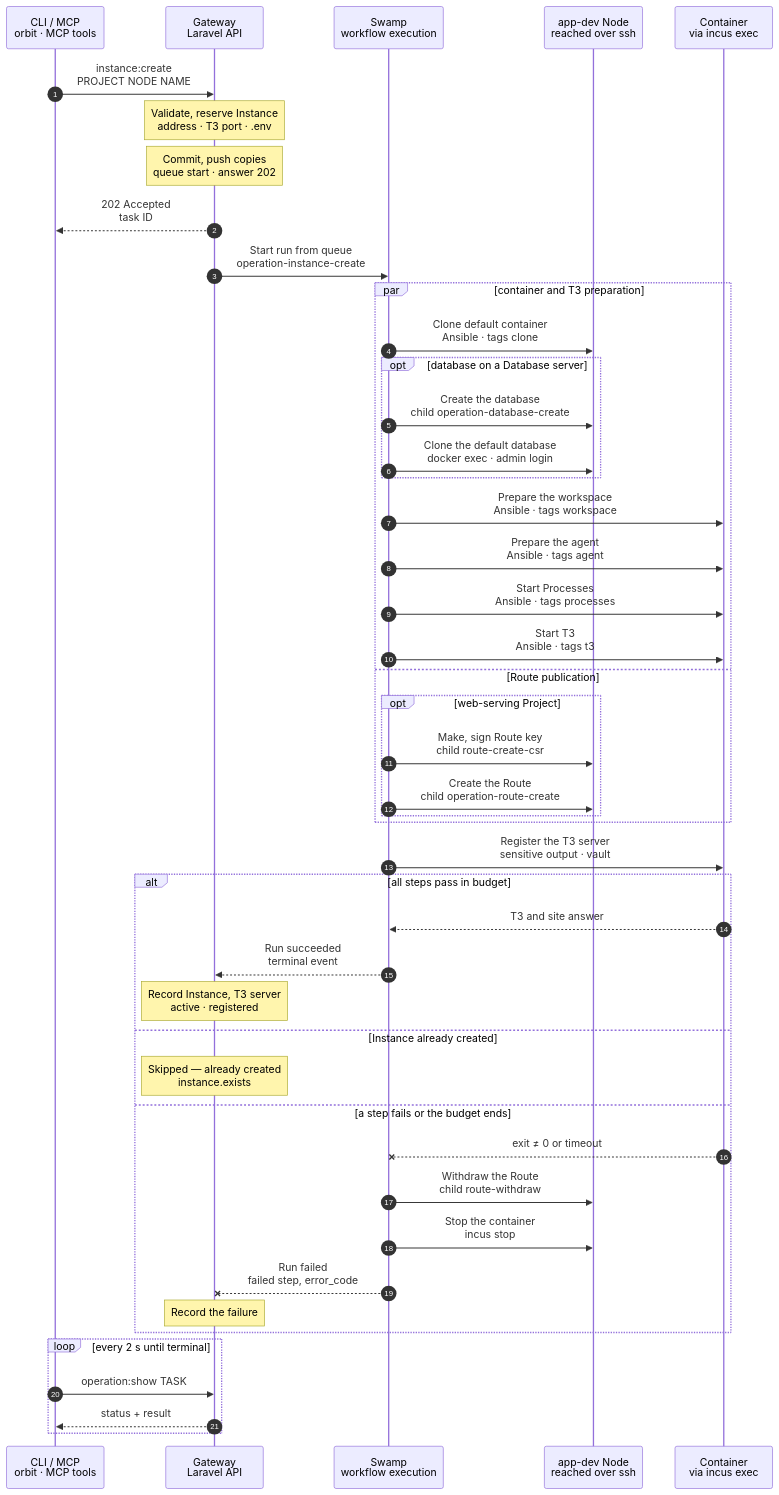
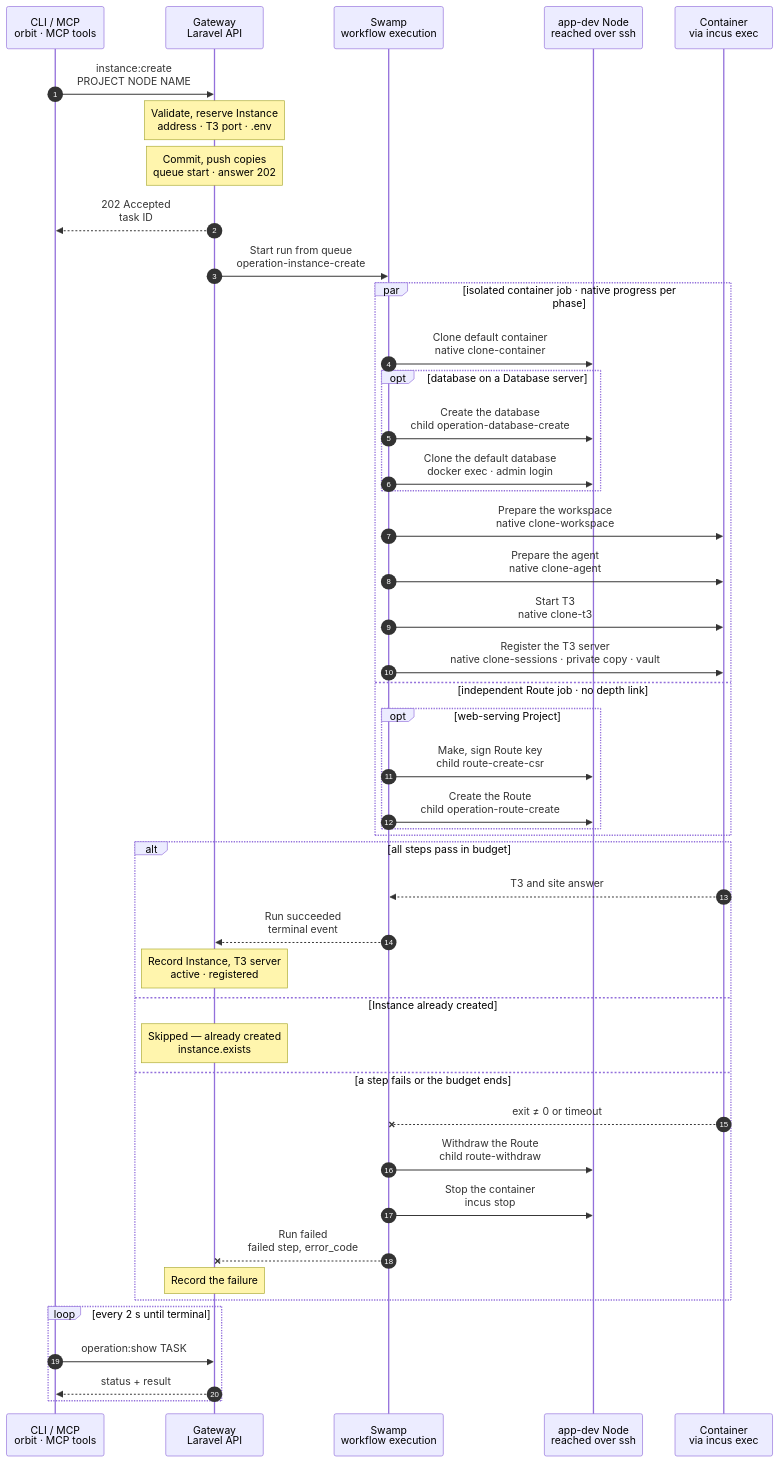
Before and after one commit to hardimpactdev/orbit: the diagram in docs/cli/instance/container/create.mmd, drawn with Mermaid. The commit also changed 18 other files, not shown here.

Commit message:
perf(instances): run clone phases directly in an isolated native job

```diff
--- a/docs/cli/instance/container/create.mmd
+++ b/docs/cli/instance/container/create.mmd
@@ -1,114 +1,114 @@
 sequenceDiagram
   %% Target design, container runtime (ADR 0250 step 3, docs/reference/development-containers.md#create): every new Instance is a ZFS clone of the Project's default Instance on its Node, with a clone of its database. Built for the Nodes of the build list. The kind and its step names follow docs/cli/instance/create.mmd; the intent's `container.clone` marks a clone. The Project's first default Instance is container/create-default.mmd; when the charts move into place, it becomes the first-default branch of this chart.
   %% status: draft
   %% command: instance:create
   %% kind: instance.create
   autonumber
   %% lane CLI icon=terminal pill=caller tone=gray
   %% lane GW icon=gateway pill=intent tone=blue
   %% lane SW icon=workflow pill=executes tone=green
   %% lane N icon=server pill=target tone=amber
   %% lane C icon=server pill=target tone=purple
   participant CLI as CLI / MCP<br/>orbit · MCP tools
   participant GW as Gateway<br/>Laravel API
   participant SW as Swamp<br/>workflow execution
   participant N as app-dev Node<br/>reached over ssh
   participant C as Container<br/>via incus exec
   CLI->>GW: instance:create<br/>PROJECT NODE NAME
   %%> Command:
   %%> - `orbit instance:create PROJECT NODE NAME`
   %%> - syntax: `<project> <node> <name> [--root=PATH] [--domain=HOST] [--branch=BRANCH] [--database-server=SLUG]`
   Note over GW: Validate, reserve Instance<br/>address · T3 port · .env
   %%> Requirements:
   %%> - the calling Node has node access to the target Node, an active `app-dev` Node
   %%> - the Project's `default` Instance runs in a container on this Node, is active and has a seed snapshot, else `instance.default_missing`
   %%> - Conn is enabled, and the model router has its guard, else `operation.kind_unavailable`
   %%> - a database on a Database server clones on the default's server; another server refuses `instance.database_clone_unsupported`
   %%> Result:
   %%> - the Instance is reserved with its runtime record: container name, bridge address, the lowest free T3 port from 3800 and the default as clone source
   %%> - `.env` is rendered from the Project's env template; it, the placeholder model key and a repository read token go to the vault
   %%> - a task is recorded with the full intent and `container.clone`
   Note over GW: Commit, push copies<br/>queue start · answer 202
   GW-->>CLI: 202 Accepted<br/>task ID
   GW->>SW: Start run from queue<br/>operation-instance-create
-  par container and T3 preparation
-    SW->>N: Clone default container<br/>Ansible · tags clone
+  par isolated container job · native progress per phase
+    SW->>N: Clone default container<br/>native clone-container
     %%> What it does:
     %%> - the copy supplies the full root disk device (type, path, pool and size), whether the seed inherits it or stores it locally
     %%> - `incus copy` of the default container's snapshot `seed-<commit>`, a ZFS clone; a stopped default needs no start
     %%> - the copy gets its own bridge address and ACL, and the proxy device `t3`: NAT from the Node's WireGuard address and the T3 port to T3's port 3773
     %%> - the container's ACL lets the Node's Caddy reach port 8080, WireGuard peers reach port 3773, and the container reach its database server's port
     %%> - UFW: a route rule admits WireGuard peers to T3, below a deny for the task VM range; a rule admits the container to its database server's port
     %%> - starts the copy: nftables, `hidepid` and the image's units start; T3 does not, because `/etc/orbit/instance` does not exist yet
     %%> Branch:
     %%> - fetches the Instance's branch into the Node's mirror with the read token, or creates it at the seed commit; the token stays on the Node
     opt database on a Database server
       SW->>N: Create the database<br/>child operation-database-create
       %%> What it does, through the database family:
       %%> - creates the Instance's owner and an empty database on the default's server
       SW->>N: Clone the default database<br/>docker exec · admin login
       %%> What it does:
       %%> - PostgreSQL: refuses new connections to the default database and ends its sessions, then `CREATE DATABASE … TEMPLATE`, and gives the clone's objects to the new owner
       %%> - a cleanup that always runs allows connections to the default database again
       %%> - MySQL: a dump of the default database restored into the new one
       %%> Runs beside the clone step: Swamp starts both at once.
     end
-    SW->>C: Prepare the workspace<br/>Ansible · tags workspace
+    SW->>C: Prepare the workspace<br/>native clone-workspace
     %%> What it does:
     %%> - pushes the branch in as a bundle and checks it out in `/srv/workspace`; the group, setgid bits and default ACLs come with the clone
     %%> - writes `.env` for `orbit` with group `work`; it keeps the default's `APP_KEY`, because the cloned data is encrypted with it
     %%> No setup steps:
     %%> - the default Instance installed the dependencies and migrated; a later lockfile change is installed in the workspace
-    SW->>C: Prepare the agent<br/>Ansible · tags agent
+    SW->>C: Prepare the agent<br/>native clone-agent
     %%> What it does:
     %%> - writes the placeholder key for `agent`, and the Claude Code and Codex settings that point at the model forwarder
     %%> - links `~/.claude/CLAUDE.md` and `~/.codex/AGENTS.md` of `agent` to the note of the Project type
     %%> - writes `/etc/orbit/instance`, owned by root and readable by all
-    SW->>C: Start Processes<br/>Ansible · tags processes
     %%> What it does:
     %%> - rewrites FrankenPHP's unit for the clone's own bridge address and restarts it as `orbit`
-    SW->>C: Start T3<br/>Ansible · tags t3
+    SW->>C: Start T3<br/>native clone-t3
     %%> What it does:
     %%> - T3 starts for the first time and creates its identity; the T3 project `/srv/workspace` is added as `agent`
     %%> Check:
     %%> - waits up to 30 s for `/.well-known/t3/environment`, else `instance.t3_unready`
-  and Route publication
+    SW->>C: Register the T3 server<br/>native clone-sessions · private copy · vault
+    %%> What it does:
+    %%> - see container/t3-register.mmd: the sessions go to the vault, and the step checks the environment id and scopes
+  and independent Route job · no depth link
     opt web-serving Project
       SW->>N: Make, sign Route key<br/>child route-create-csr
       SW->>N: Create the Route<br/>child operation-route-create
       %%> What it adds:
       %%> - the same steps as `route:create`, with the signed certificate, then a TLS handshake check; no HTTP request waits for app startup
       %%> - the Node's Caddy proxies the Route to FrankenPHP at the container's bridge address
-      %%> - Swamp step `clone-route` waits only for `route-csr`; the admitted upstream address needs no running container
-      %%> - the prepared Route skips workspace ACL and environment writes; the container chain owns those
+      %%> - the Route job waits only for its CSR; a separate job prevents depth scheduling from delaying the container phases
+      %%> - the prepared Route skips workspace ACL and environment writes; the container job owns those
     end
   end
-  SW->>C: Register the T3 server<br/>sensitive output · vault
-  %%> What it does:
-  %%> - see container/t3-register.mmd: the sessions go to the vault, and the step checks the environment id and scopes
   alt all steps pass in budget
     C-->>SW: T3 and site answer
     SW-->>GW: Run succeeded<br/>terminal event
     Note over GW: Record Instance, T3 server<br/>active · registered
     %%> Result:
     %%> - the Instance, its runtime and its Route become active; the runtime records the default Instance it came from
     %%> - the Conn layer records the T3 server from the result; its Node is the container's Node and it names the Instance
+    %%> - the receipt includes when T3 answered, its sessions passed, and the Route TLS probes passed
   else Instance already created
     Note over GW: Skipped — already created<br/>instance.exists
   else a step fails or the budget ends
     C--xSW: exit ≠ 0 or timeout
     SW->>N: Withdraw the Route<br/>child route-withdraw
     %%> When:
     %%> - only when the run published it
     SW->>N: Stop the container<br/>incus stop
     %%> What stays:
     %%> - the stopped container, its database and its runtime record, marked failed; `instance:destroy` removes them
     SW--xGW: Run failed<br/>failed step, error_code
     Note over GW: Record the failure
     %%> Retry:
     %%> - run the same command again; it resumes on the same container and database
   end
   loop every 2 s until terminal
     CLI->>GW: operation:show TASK
     GW-->>CLI: status + result
   end
```
